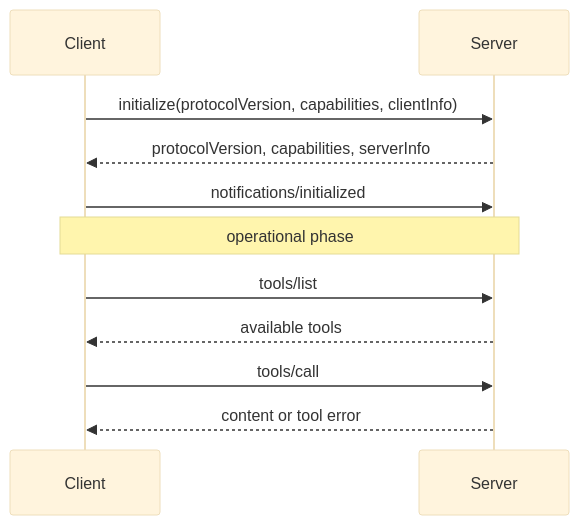
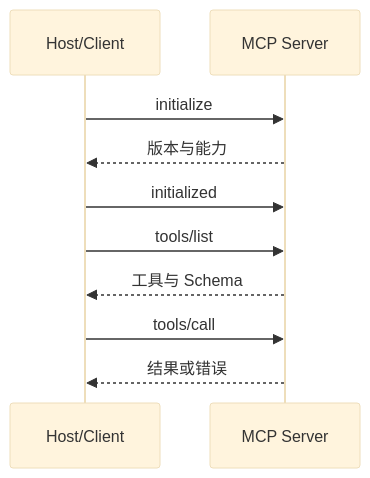
Before and after one commit to upJiang/jiang-blog-vitepress: the diagram in docs/ai-agent/mcp-protocol-lifecycle.md, drawn with Mermaid (base theme). The commit also changed other lines of this file and 164 other files, not shown here.

````diff
--- a/docs/ai-agent/mcp-protocol-lifecycle.md
+++ b/docs/ai-agent/mcp-protocol-lifecycle.md
@@ -52,13 +21,12 @@
 ```mermaid
 sequenceDiagram
-  participant C as Client
-  participant S as Server
-  C->>S: initialize(protocolVersion, capabilities, clientInfo)
-  S-->>C: protocolVersion, capabilities, serverInfo
-  C->>S: notifications/initialized
-  Note over C,S: operational phase
-  C->>S: tools/list
-  S-->>C: available tools
-  C->>S: tools/call
-  S-->>C: content or tool error
+  participant H as Host/Client
+  participant S as MCP Server
+  H->>S: initialize
+  S-->>H: 版本与能力
+  H->>S: initialized
+  H->>S: tools/list
+  S-->>H: 工具与 Schema
+  H->>S: tools/call
+  S-->>H: 结果或错误
 ```
````
